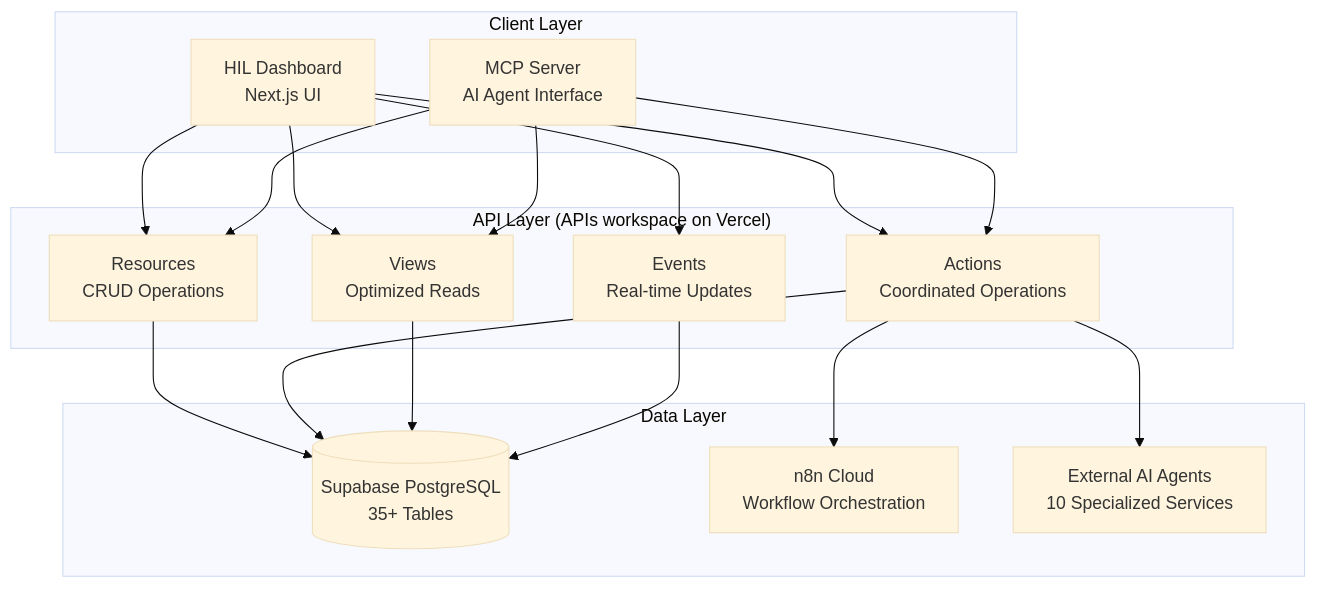
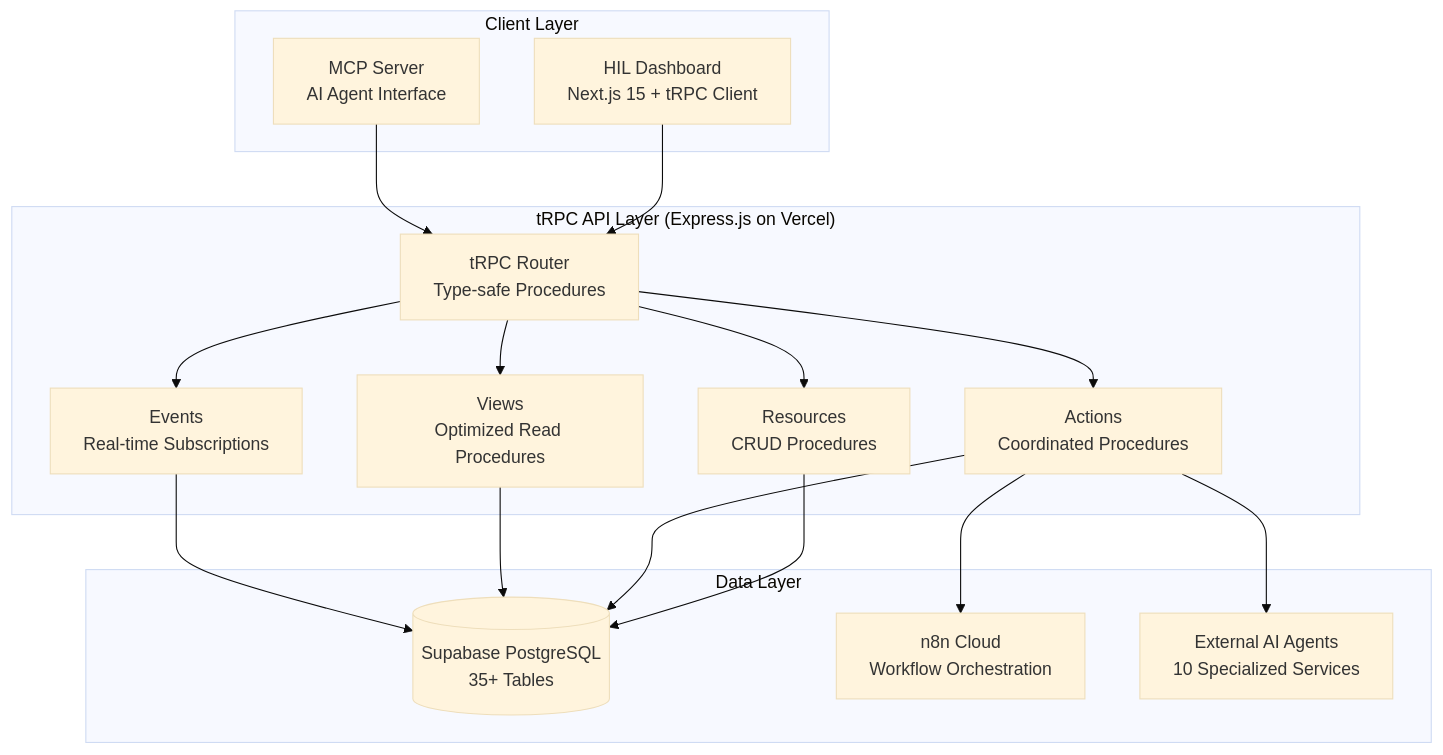
The first of 3 diagrams in docs/03_API_SPECIFICATIONS.md (InspectHOA/rexera2), drawn with Mermaid (base theme) before and after one commit. The commit also changed other lines of this file and 17 other files, not shown here.

Commit message:
Add console logging to auth flow for debugging OAuth issues

````diff
--- a/docs/03_API_SPECIFICATIONS.md
+++ b/docs/03_API_SPECIFICATIONS.md
@@ -52,36 +52,36 @@
 ```mermaid
 graph TB
     subgraph "Client Layer"
-        HIL[HIL Dashboard<br/>Next.js UI]
+        HIL[HIL Dashboard<br/>Next.js 15 + tRPC Client]
         MCP[MCP Server<br/>AI Agent Interface]
     end
     
-    subgraph "API Layer (APIs workspace on Vercel)"
-        RESOURCES[Resources<br/>CRUD Operations]
-        ACTIONS[Actions<br/>Coordinated Operations]
-        VIEWS[Views<br/>Optimized Reads]
-        EVENTS[Events<br/>Real-time Updates]
+    subgraph "tRPC API Layer (Express.js on Vercel)"
+        TRPC[tRPC Router<br/>Type-safe Procedures]
+        RESOURCES[Resources<br/>CRUD Procedures]
+        ACTIONS[Actions<br/>Coordinated Procedures]
+        VIEWS[Views<br/>Optimized Read Procedures]
+        EVENTS[Events<br/>Real-time Subscriptions]
     end
     
     subgraph "Data Layer"
         DB[(Supabase PostgreSQL<br/>35+ Tables)]
         N8N[n8n Cloud<br/>Workflow Orchestration]
         AGENTS[External AI Agents<br/>10 Specialized Services]
     end
     
-    HIL --> RESOURCES
-    HIL --> ACTIONS
-    HIL --> VIEWS
-    HIL --> EVENTS
+    HIL --> TRPC
+    MCP --> TRPC
     
-    MCP --> RESOURCES
-    MCP --> ACTIONS
-    MCP --> VIEWS
+    TRPC --> RESOURCES
+    TRPC --> ACTIONS
+    TRPC --> VIEWS
+    TRPC --> EVENTS
     
     RESOURCES --> DB
     ACTIONS --> DB
     ACTIONS --> N8N
     ACTIONS --> AGENTS
     VIEWS --> DB
     EVENTS --> DB
 ```
````
